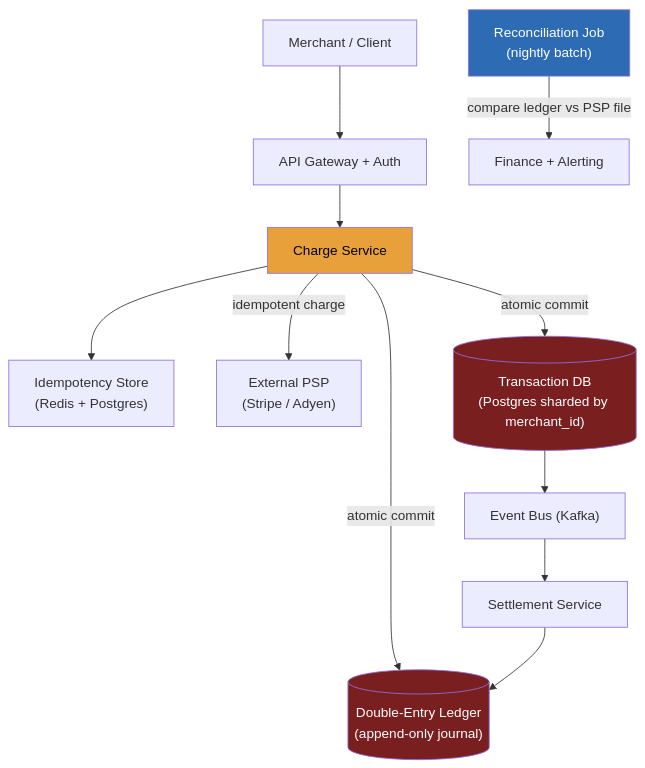
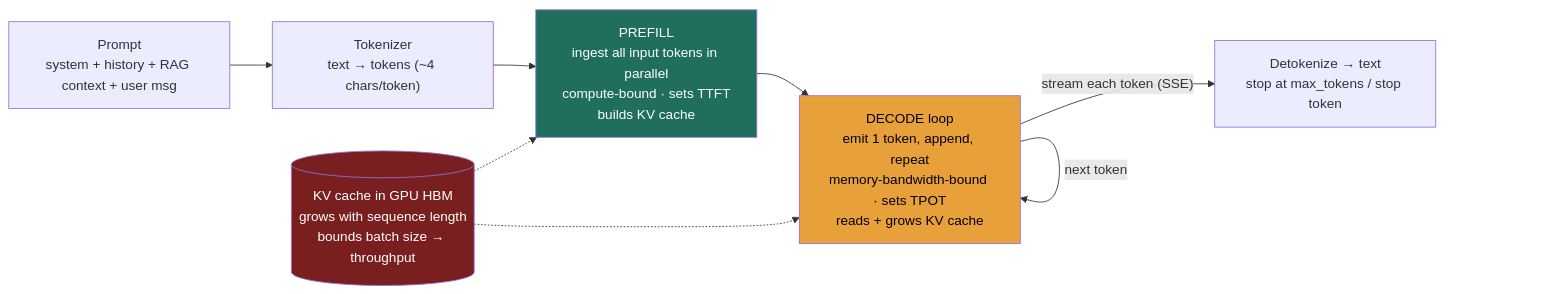
One commit to hkrathore/sysdesign-course changed the diagram in src/content/docs/module-9/lesson-9-1.md. Above: the diagram before and after it, drawn with Mermaid. The commit also changed other lines of this file and 164 other files, not shown here.

````diff
--- a/src/content/docs/module-9/lesson-9-1.md
+++ b/src/content/docs/module-9/lesson-9-1.md
@@ -119,30 +86,13 @@
 ```mermaid
-flowchart TB
-    MERCHANT["Merchant / Client"]
-    GW["API Gateway + Auth"]
-    CS["Charge Service"]
-    IS["Idempotency Store<br/>(Redis + Postgres)"]
-    PSP["External PSP<br/>(Stripe / Adyen)"]
-    DB[("Transaction DB<br/>(Postgres sharded by merchant_id)")]
-    LEDGER[("Double-Entry Ledger<br/>(append-only journal)")]
-    BUS["Event Bus (Kafka)"]
-    SETTLE["Settlement Service"]
-    RECON["Reconciliation Job<br/>(nightly batch)"]
-    ALERT["Finance + Alerting"]
-
-    MERCHANT --> GW
-    GW --> CS
-    CS --> IS
-    CS -->|"idempotent charge"| PSP
-    CS -->|"atomic commit"| DB
-    CS -->|"atomic commit"| LEDGER
-    DB --> BUS
-    BUS --> SETTLE
-    SETTLE --> LEDGER
-    RECON -->|"compare ledger vs PSP file"| ALERT
-
-    style DB fill:#7a1f1f,color:#fff
-    style LEDGER fill:#7a1f1f,color:#fff
-    style CS fill:#e8a13a,color:#000
-    style RECON fill:#2d6cb5,color:#fff
+flowchart LR
+    P["Prompt<br/>system + history + RAG context + user msg"] --> T["Tokenizer<br/>text → tokens (~4 chars/token)"]
+    T --> PF["PREFILL<br/>ingest all input tokens in parallel<br/>compute-bound · sets TTFT<br/>builds KV cache"]
+    PF --> D["DECODE loop<br/>emit 1 token, append, repeat<br/>memory-bandwidth-bound · sets TPOT<br/>reads + grows KV cache"]
+    D -->|"stream each token (SSE)"| OUT["Detokenize → text<br/>stop at max_tokens / stop token"]
+    D -->|"next token"| D
+    KV[("KV cache in GPU HBM<br/>grows with sequence length<br/>bounds batch size → throughput")] -.-> PF
+    KV -.-> D
+    style PF fill:#1f6f5c,color:#fff
+    style D fill:#e8a13a,color:#000
+    style KV fill:#7a1f1f,color:#fff
 ```
````
